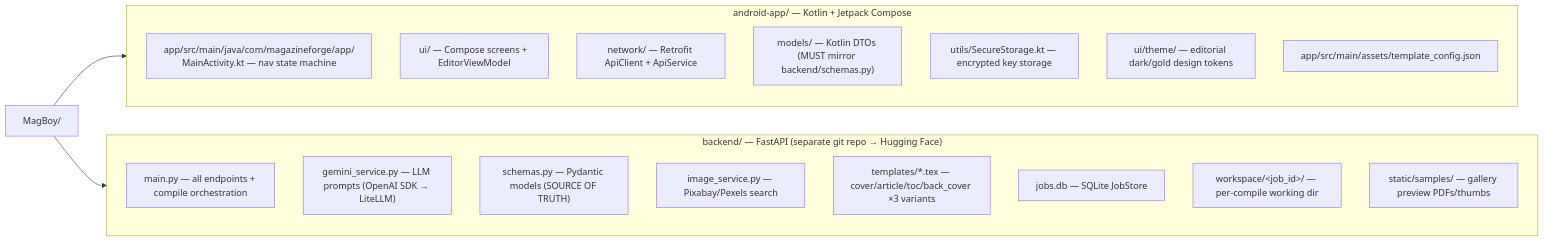
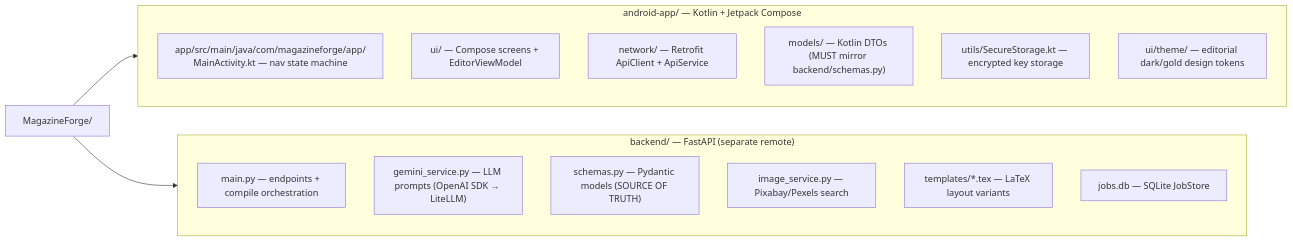
Before and after one commit to AdnanFoisal/MagazineForge: the first of 2 diagrams in README.md, drawn with Mermaid. The commit also changed other lines of this file, not shown here.

Commit message:
docs: update README to reflect professional architecture and feature set

````diff
--- a/README.md
+++ b/README.md
@@ -29,29 +32,25 @@
 ```mermaid
 flowchart LR
-    ROOT["MagBoy/"]
+    ROOT["MagazineForge/"]
 
     subgraph AND["android-app/  — Kotlin + Jetpack Compose"]
         A1["app/src/main/java/com/magazineforge/app/<br/>MainActivity.kt — nav state machine"]
         A2["ui/ — Compose screens + EditorViewModel"]
         A3["network/ — Retrofit ApiClient + ApiService"]
         A4["models/ — Kotlin DTOs (MUST mirror backend/schemas.py)"]
         A5["utils/SecureStorage.kt — encrypted key storage"]
         A6["ui/theme/ — editorial dark/gold design tokens"]
-        A7["app/src/main/assets/template_config.json"]
     end
 
-    subgraph BE["backend/  — FastAPI (separate git repo → Hugging Face)"]
-        B1["main.py — all endpoints + compile orchestration"]
+    subgraph BE["backend/  — FastAPI (separate remote)"]
+        B1["main.py — endpoints + compile orchestration"]
         B2["gemini_service.py — LLM prompts (OpenAI SDK → LiteLLM)"]
         B3["schemas.py — Pydantic models (SOURCE OF TRUTH)"]
         B4["image_service.py — Pixabay/Pexels search"]
-        B5["templates/*.tex — cover/article/toc/back_cover ×3 variants"]
+        B5["templates/*.tex — LaTeX layout variants"]
         B6["jobs.db — SQLite JobStore"]
-        B7["workspace/&lt;job_id&gt;/ — per-compile working dir"]
-        B8["static/samples/ — gallery preview PDFs/thumbs"]
     end
 
     ROOT --> AND
     ROOT --> BE
-
 ```
````
